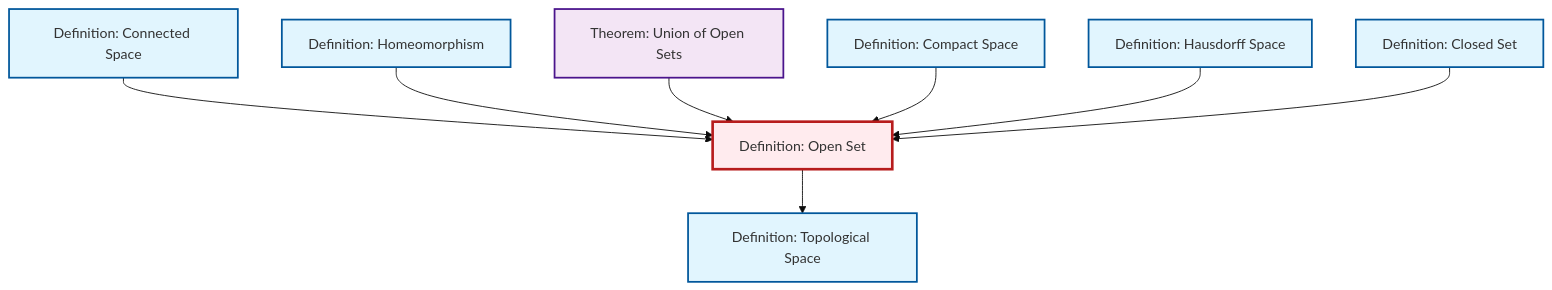
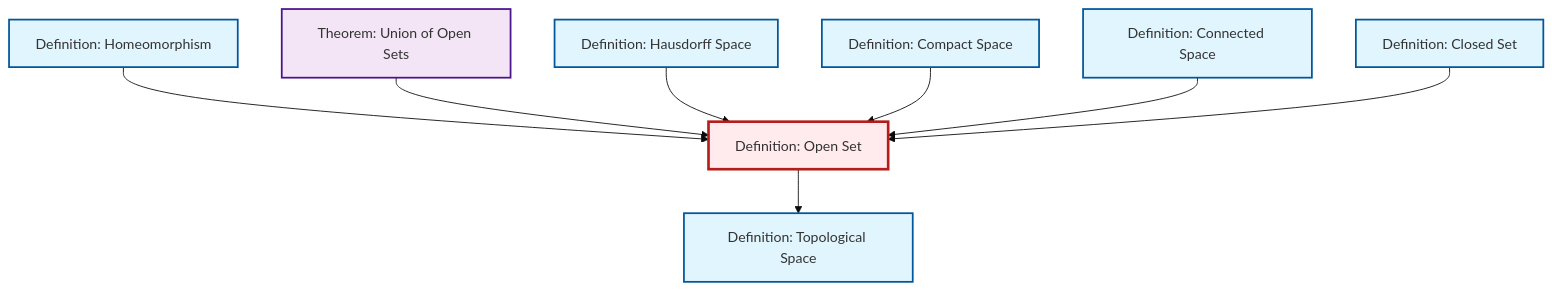
One commit to RK0429/ModernMath changed the diagram in content/ja/topology/def-open-set.qmd. Above: the diagram before and after it, drawn with Mermaid (base theme). The commit also changed other lines of this file and 634 other files, not shown here.

````diff
--- a/content/ja/topology/def-open-set.qmd
+++ b/content/ja/topology/def-open-set.qmd
@@ -54,32 +54,32 @@
 ```{mermaid}
 %%| fig-cap: "Local dependency graph"
 graph TD
     classDef definition fill:#e1f5fe,stroke:#01579b,stroke-width:2px
     classDef theorem fill:#f3e5f5,stroke:#4a148c,stroke-width:2px
     classDef axiom fill:#fff3e0,stroke:#e65100,stroke-width:2px
     classDef example fill:#e8f5e9,stroke:#1b5e20,stroke-width:2px
     classDef current fill:#ffebee,stroke:#b71c1c,stroke-width:3px
+    def-homeomorphism["Definition: Homeomorphism"]:::definition
     def-compact["Definition: Compact Space"]:::definition
+    def-hausdorff["Definition: Hausdorff Space"]:::definition
+    def-topological-space["Definition: Topological Space"]:::definition
+    thm-union-open-sets["Theorem: Union of Open Sets"]:::theorem
+    def-closed-set["Definition: Closed Set"]:::definition
     def-open-set["Definition: Open Set"]:::definition
     def-connected["Definition: Connected Space"]:::definition
-    def-topological-space["Definition: Topological Space"]:::definition
-    def-closed-set["Definition: Closed Set"]:::definition
-    thm-union-open-sets["Theorem: Union of Open Sets"]:::theorem
-    def-homeomorphism["Definition: Homeomorphism"]:::definition
-    def-hausdorff["Definition: Hausdorff Space"]:::definition
-    def-connected --> def-open-set
     def-homeomorphism --> def-open-set
     thm-union-open-sets --> def-open-set
-    def-compact --> def-open-set
     def-hausdorff --> def-open-set
     def-open-set --> def-topological-space
+    def-compact --> def-open-set
+    def-connected --> def-open-set
     def-closed-set --> def-open-set
     class def-open-set current
+    click def-homeomorphism "def-homeomorphism.html" "Definition: Homeomorphismへ"
     click def-compact "def-compact.html" "Definition: Compact Spaceへ"
+    click def-hausdorff "def-hausdorff.html" "Definition: Hausdorff Spaceへ"
+    click def-topological-space "def-topological-space.html" "Definition: Topological Spaceへ"
+    click thm-union-open-sets "thm-union-open-sets.html" "Theorem: Union of Open Setsへ"
+    click def-closed-set "def-closed-set.html" "Definition: Closed Setへ"
     click def-connected "def-connected.html" "Definition: Connected Spaceへ"
-    click def-topological-space "def-topological-space.html" "Definition: Topological Spaceへ"
-    click def-closed-set "def-closed-set.html" "Definition: Closed Setへ"
-    click thm-union-open-sets "thm-union-open-sets.html" "Theorem: Union of Open Setsへ"
-    click def-homeomorphism "def-homeomorphism.html" "Definition: Homeomorphismへ"
-    click def-hausdorff "def-hausdorff.html" "Definition: Hausdorff Spaceへ"
 ```
````
